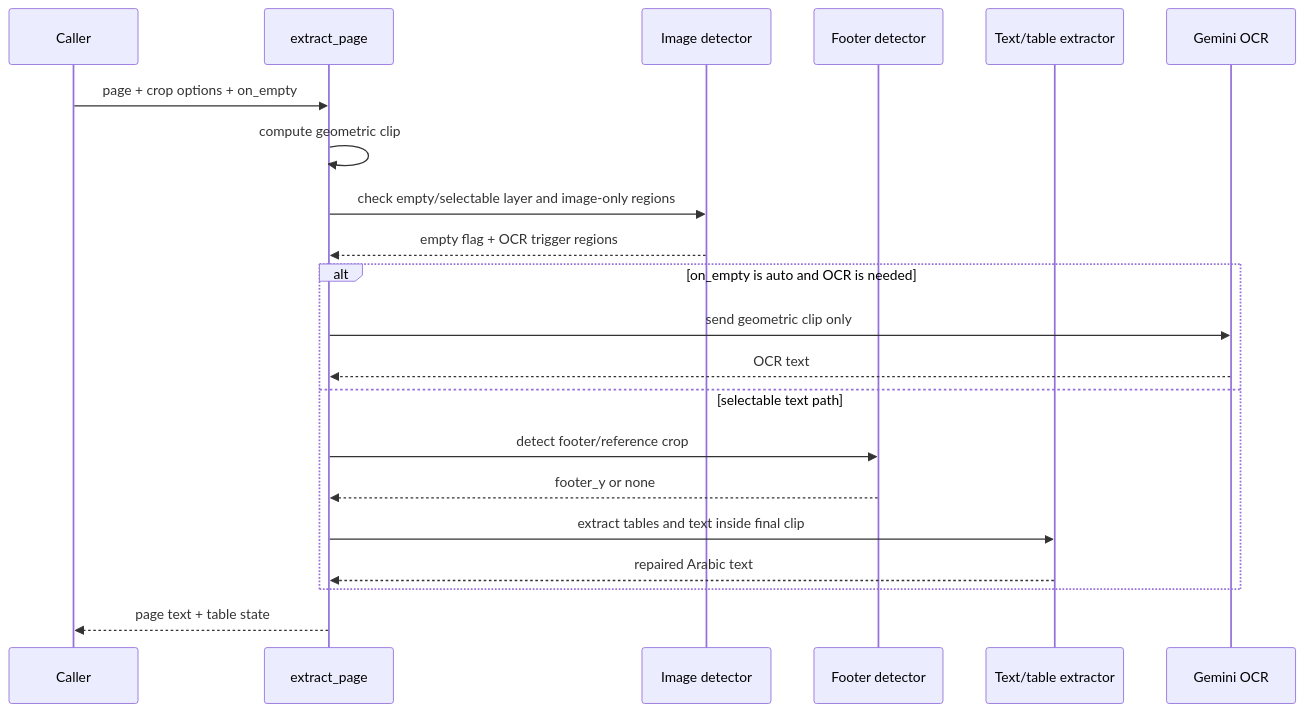
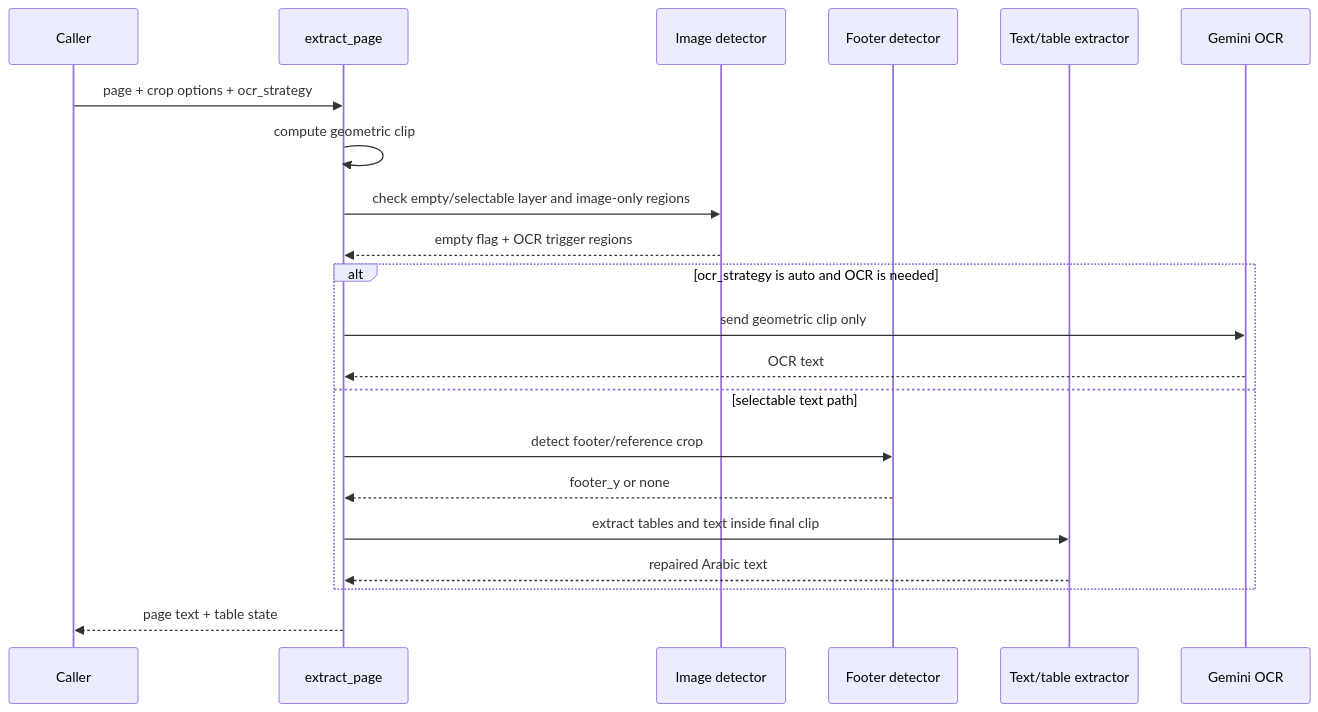
One commit to TajEddineMarmoul/PDF2Text-Arabic changed the second of 3 diagrams in README.md. Above: the diagram before and after it, drawn with Mermaid. The commit also changed other lines of this file and 6 other files, not shown here.

Commit message:
feat: introduce ocr_strategy for improved OCR handling and deprecate on_empty alias

````diff
--- a/README.md
+++ b/README.md
@@ -128,24 +128,24 @@
 ```mermaid
 sequenceDiagram
     participant Caller
     participant Extract as extract_page
     participant Images as Image detector
     participant Footer as Footer detector
     participant Text as Text/table extractor
     participant OCR as Gemini OCR
 
-    Caller->>Extract: page + crop options + on_empty
+    Caller->>Extract: page + crop options + ocr_strategy
     Extract->>Extract: compute geometric clip
     Extract->>Images: check empty/selectable layer and image-only regions
     Images-->>Extract: empty flag + OCR trigger regions
-    alt on_empty is auto and OCR is needed
+    alt ocr_strategy is auto and OCR is needed
         Extract->>OCR: send geometric clip only
         OCR-->>Extract: OCR text
     else selectable text path
         Extract->>Footer: detect footer/reference crop
         Footer-->>Extract: footer_y or none
         Extract->>Text: extract tables and text inside final clip
         Text-->>Extract: repaired Arabic text
     end
     Extract-->>Caller: page text + table state
 ```
````
